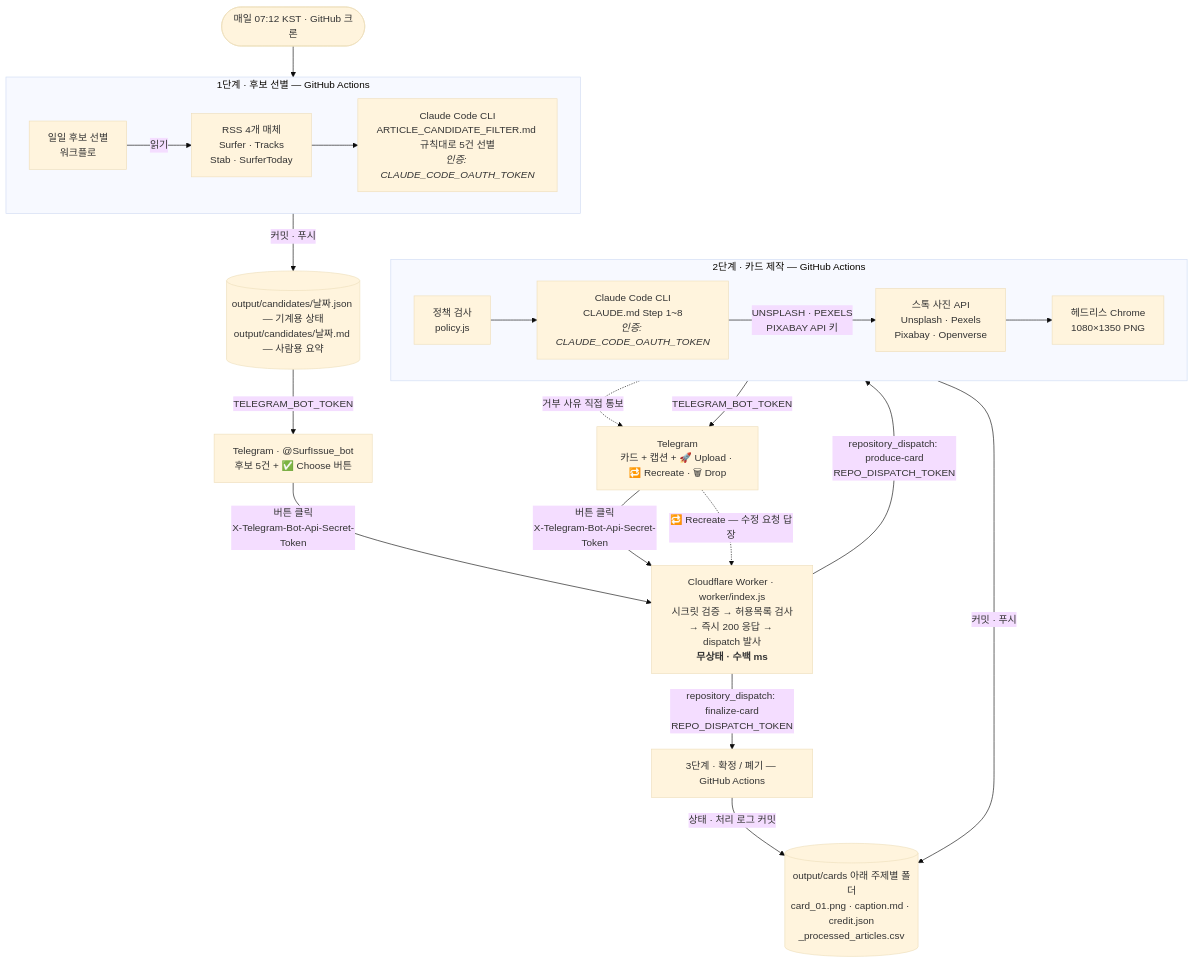
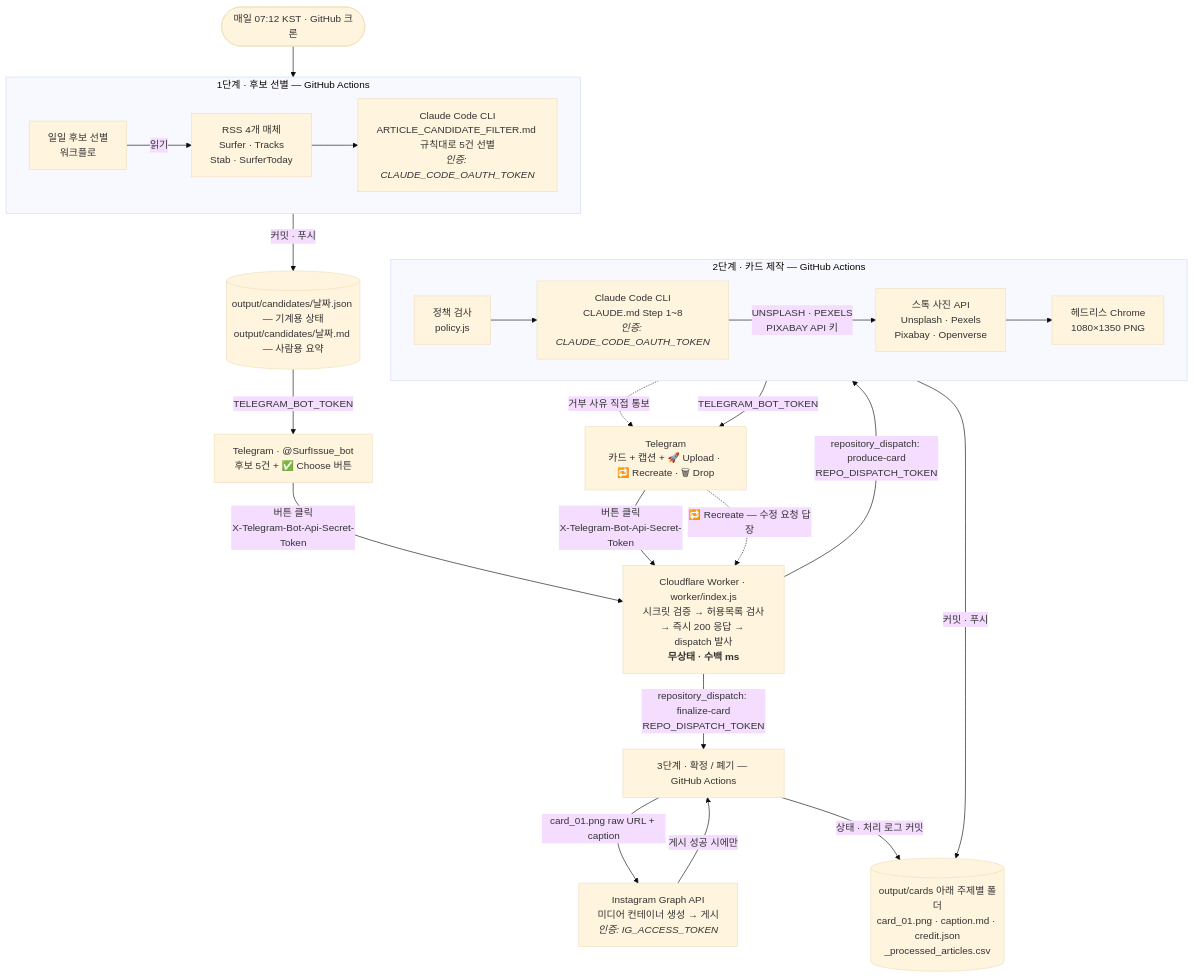
One commit to myoungah-kim/cardnews-surfing-magazine changed the first of 5 diagrams in ARCHITECTURE.md. Above: the diagram before and after it, drawn with Mermaid (base theme). The commit also changed other lines of this file and 5 other files, not shown here.

````diff
--- a/ARCHITECTURE.md
+++ b/ARCHITECTURE.md
@@ -13,49 +13,52 @@
 ```mermaid
 flowchart TB
     CRON(["매일 07:12 KST · GitHub 크론"])
 
     subgraph S1["1단계 · 후보 선별 — GitHub Actions"]
         direction LR
         SEL["일일 후보 선별<br/>워크플로"]
         RSS["RSS 4개 매체<br/>Surfer · Tracks<br/>Stab · SurferToday"]
         CC1["Claude Code CLI<br/>ARTICLE_CANDIDATE_FILTER.md 규칙대로 5건 선별<br/><i>인증: CLAUDE_CODE_OAUTH_TOKEN</i>"]
         SEL -->|"읽기"| RSS
         RSS --> CC1
     end
 
     STATE[("output/candidates/날짜.json — 기계용 상태<br/>output/candidates/날짜.md — 사람용 요약")]
 
     TG1["Telegram · @SurfIssue_bot<br/>후보 5건 + ✅ Choose 버튼"]
 
     WK["Cloudflare Worker · worker/index.js<br/>시크릿 검증 → 허용목록 검사<br/>→ 즉시 200 응답 → dispatch 발사<br/><b>무상태 · 수백 ms</b>"]
 
     subgraph S2["2단계 · 카드 제작 — GitHub Actions"]
         direction LR
         PREP["정책 검사<br/>policy.js"]
         CC2["Claude Code CLI<br/>CLAUDE.md Step 1~8<br/><i>인증: CLAUDE_CODE_OAUTH_TOKEN</i>"]
         STOCK["스톡 사진 API<br/>Unsplash · Pexels<br/>Pixabay · Openverse"]
         CHR["헤드리스 Chrome<br/>1080×1350 PNG"]
         PREP --> CC2
         CC2 -->|"UNSPLASH · PEXELS<br/>PIXABAY API 키"| STOCK
         STOCK --> CHR
     end
 
     TG2["Telegram<br/>카드 + 캡션 + 🚀 Upload · 🔁 Recreate · 🗑 Drop"]
 
     FIN["3단계 · 확정 / 폐기 — GitHub Actions"]
+    IG["Instagram Graph API<br/>미디어 컨테이너 생성 → 게시<br/><i>인증: IG_ACCESS_TOKEN</i>"]
 
     ARCH[("output/cards 아래 주제별 폴더<br/>card_01.png · caption.md · credit.json<br/>_processed_articles.csv")]
 
     CRON --> SEL
     CC1 -->|"커밋 · 푸시"| STATE
     STATE -->|"TELEGRAM_BOT_TOKEN"| TG1
     TG1 -->|"버튼 클릭<br/>X-Telegram-Bot-Api-Secret-Token"| WK
     WK -->|"repository_dispatch: produce-card<br/>REPO_DISPATCH_TOKEN"| PREP
     PREP -.->|"거부 사유 직접 통보"| TG2
     CHR -->|"커밋 · 푸시"| ARCH
     CHR -->|"TELEGRAM_BOT_TOKEN"| TG2
     TG2 -->|"버튼 클릭<br/>X-Telegram-Bot-Api-Secret-Token"| WK
     WK -->|"repository_dispatch: finalize-card<br/>REPO_DISPATCH_TOKEN"| FIN
+    FIN -->|"card_01.png raw URL + caption"| IG
+    IG -->|"게시 성공 시에만"| FIN
     FIN -->|"상태 · 처리 로그 커밋"| ARCH
     TG2 -.->|"🔁 Recreate — 수정 요청 답장"| WK
 ```
````
